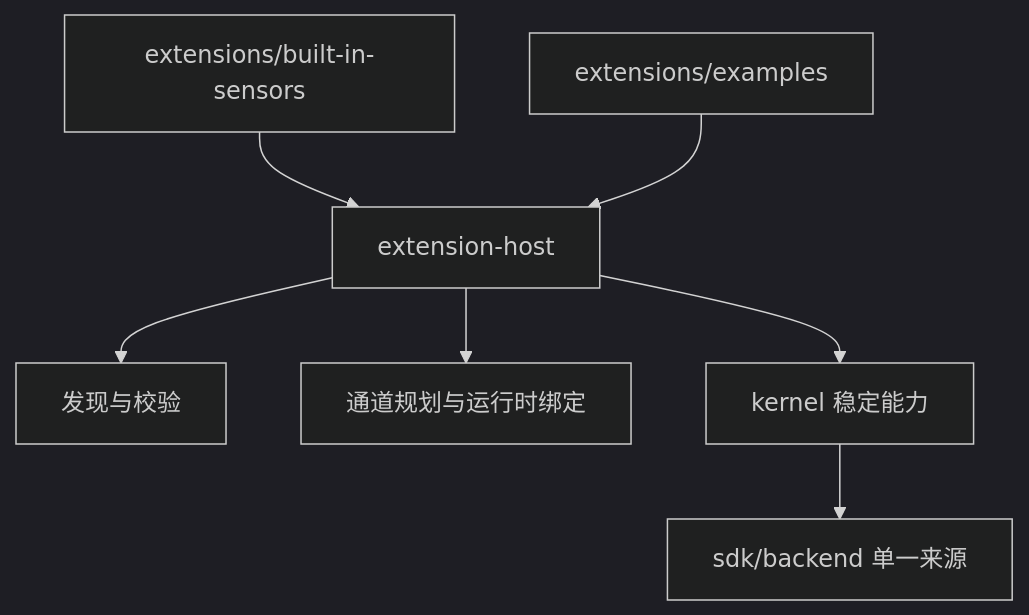
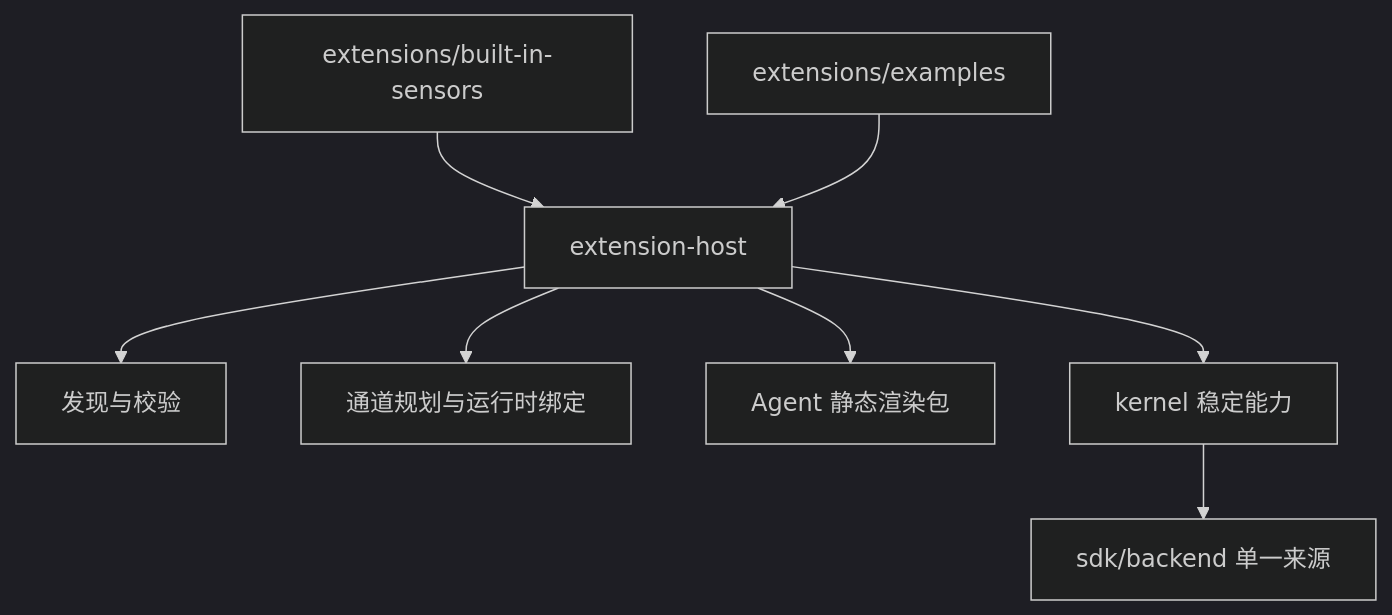
Before and after one commit to liudada118/shroom1.0: the second of 2 diagrams in backend/ARCHITECTURE_MAP.md, drawn with Mermaid (dark theme). The commit also changed other lines of this file and 59 other files, not shown here.

````diff
--- a/backend/ARCHITECTURE_MAP.md
+++ b/backend/ARCHITECTURE_MAP.md
@@ -63,9 +64,10 @@
 ```mermaid
 flowchart TB
   Host[extension-host] --> Discover[发现与校验]
   Host --> Bind[通道规划与运行时绑定]
+  Host --> AgentApps[Agent 静态渲染包]
   Builtin[extensions/built-in-sensors] --> Host
   Examples[extensions/examples] --> Host
   Host --> Kernel[kernel 稳定能力]
   Kernel --> SDK[sdk/backend 单一来源]
 ```
````
